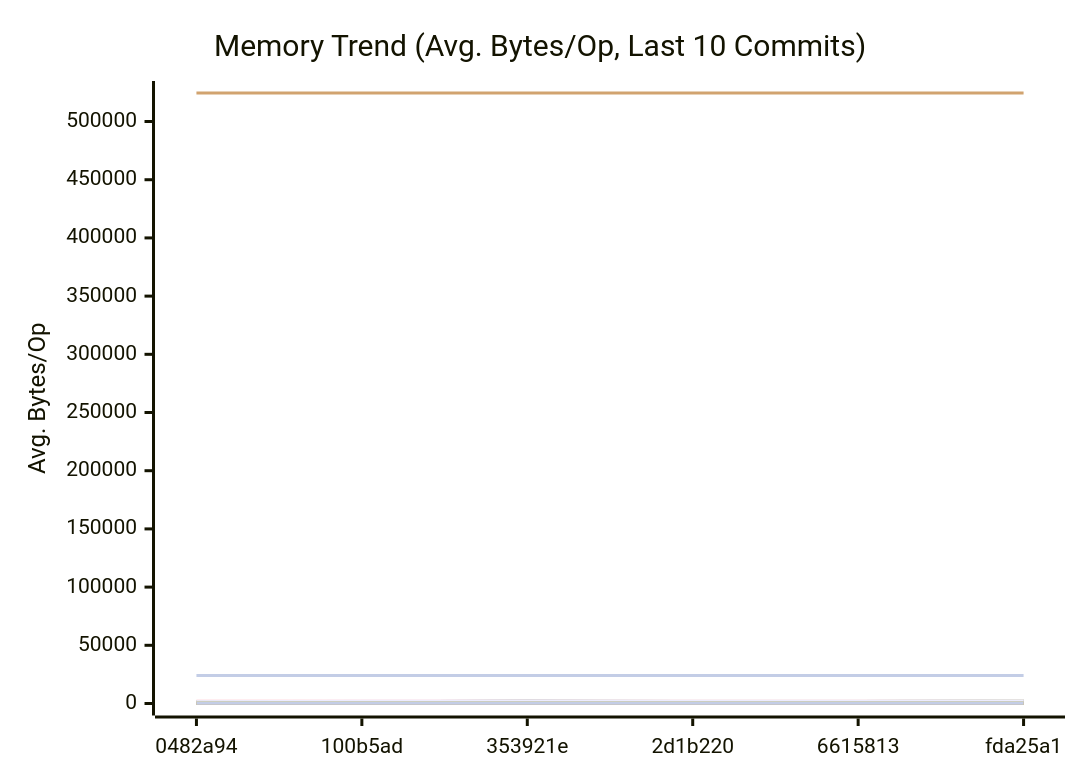
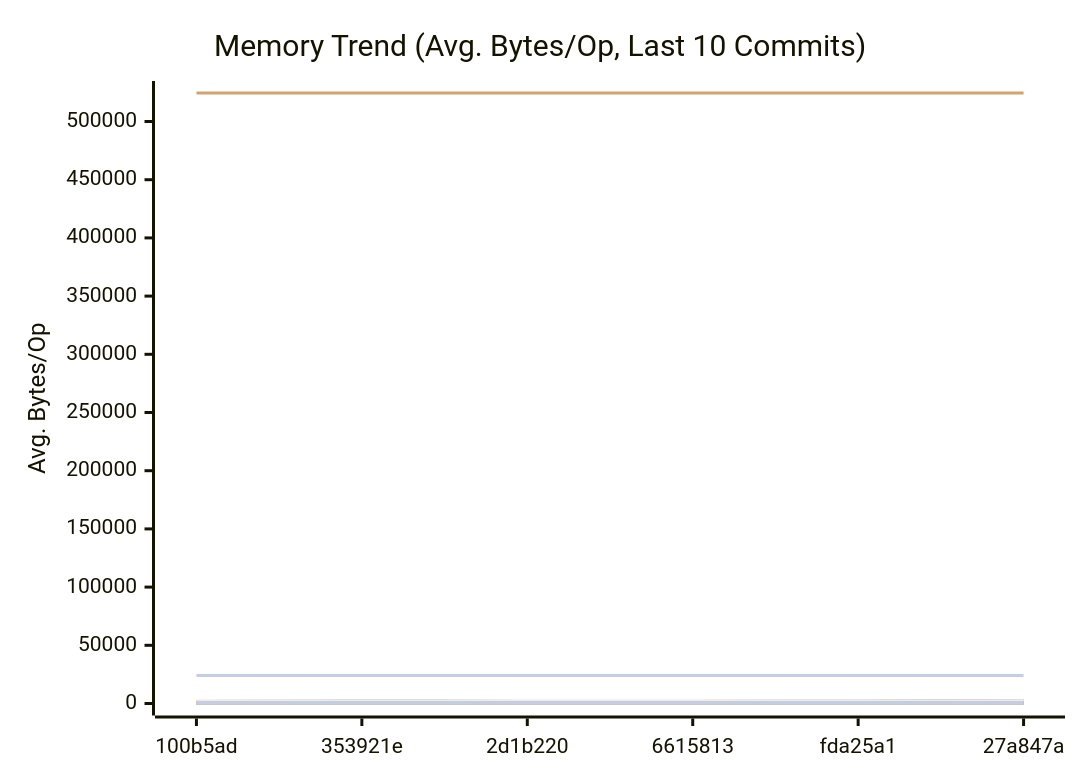
One commit to alsotoes/momo changed the second of 3 diagrams in docs/PERFORMANCE.md. Above: the diagram before and after it, drawn with Mermaid. The commit also changed other lines of this file and 4 other files, not shown here.

````diff
--- a/docs/PERFORMANCE.md
+++ b/docs/PERFORMANCE.md
@@ -308,44 +310,44 @@
 ```mermaid
 xychart-beta
     title "Memory Trend (Avg. Bytes/Op, Last 10 Commits)"
     x-axis "Commit"
     y-axis "Avg. Bytes/Op"
-    x-axis [0482a94,100b5ad,353921e,2d1b220,6615813,fda25a1]
-    line "AWSChunkedReaderSigned" [74,125,105,96,107,130,133,92,114,90]
-    line "AWSChunkedReaderUnsigned" [74,112,108,97,108,145,120,96,115,92]
+    x-axis [100b5ad,353921e,2d1b220,6615813,fda25a1,27a847a]
+    line "AWSChunkedReaderSigned" [125,105,96,107,130,133,92,114,90,112]
+    line "AWSChunkedReaderUnsigned" [112,108,97,108,145,120,96,115,92,106]
     line "CheckMetricsAndSwap" [0,0,0,0,0,0,0,0,0,0]
     line "CrushOptimized" [0,0,0,0,0,0,0,0,0,0]
     line "CrushOriginal" [164,164,164,164,164,164,164,164,164,164]
-    line "FormatListObjectsV2XML_AppendFormat" [524505,524477,524470,524490,524474,524448,524456,524497,524459,524497]
+    line "FormatListObjectsV2XML_AppendFormat" [524477,524470,524490,524474,524448,524456,524497,524459,524497,524456]
     line "FormatListObjectsV2XML_OldFormat" [24000,24000,24000,24000,24000,24000,24000,24000,24000,24000]
-    line "HashBytes/1MiB" [180,267,275,210,232,295,219,262,228,187]
-    line "HashBytes/256MiB" [156,201,247,231,248,336,241,209,197,179]
-    line "HashBytes/64MiB" [169,238,228,265,264,298,224,218,199,187]
-    line "HashFile/1MiB" [152,222,241,209,217,265,268,193,211,183]
-    line "HashFile/256MiB" [161,242,258,191,237,254,213,186,204,182]
-    line "HashFile/64MiB" [155,239,200,192,237,307,208,189,169,196]
+    line "HashBytes/1MiB" [267,275,210,232,295,219,262,228,187,211]
+    line "HashBytes/256MiB" [201,247,231,248,336,241,209,197,179,222]
+    line "HashBytes/64MiB" [238,228,265,264,298,224,218,199,187,197]
+    line "HashFile/1MiB" [222,241,209,217,265,268,193,211,183,208]
+    line "HashFile/256MiB" [242,258,191,237,254,213,186,204,182,225]
+    line "HashFile/64MiB" [239,200,192,237,307,208,189,169,196,188]
     line "IndexDirectTracking" [0,0,0,0,0,0,0,0,0,0]
     line "IndexSearch" [0,0,0,0,0,0,0,0,0,0]
     line "LastModifiedHeader_AppendFormat" [0,0,0,0,0,0,0,0,0,0]
-    line "LastModifiedHeader_Format" [0,0,0,0,0,0,0,0,32,32]
+    line "LastModifiedHeader_Format" [0,0,0,0,0,0,0,32,32,32]
     line "LoadGlobalConfig" [1976,1976,1976,1976,1976,1976,1976,1976,1976,1976]
-    line "LocalWrite/1MiB" [1217,1691,1967,1729,1822,2210,2188,1670,2035,1605]
-    line "LocalWrite/256MiB" [1422,1646,1959,1986,2025,2273,2129,1901,2016,1569]
-    line "LocalWrite/64MiB" [1512,1973,2038,2017,2019,2009,2055,1696,1940,1626]
+    line "LocalWrite/1MiB" [1691,1967,1729,1822,2210,2188,1670,2035,1605,1690]
+    line "LocalWrite/256MiB" [1646,1959,1986,2025,2273,2129,1901,2016,1569,1965]
+    line "LocalWrite/64MiB" [1973,2038,2017,2019,2009,2055,1696,1940,1626,1869]
     line "PadString" [64,64,64,64,64,64,64,64,64,64]
     line "ParseReplicationOrder_NoPrealloc" [408,408,408,408,408,248,248,248,248,248]
     line "ParseReplicationOrder_Prealloc" [240,240,240,240,240,80,80,80,80,80]
     line "Placement" [352,352,352,352,352,352,352,352,352,352]
     line "PlacementDomainSpread" [352,352,352,352,352,352,352,352,352,352]
-    line "ReadVerify/1MiB" [157,178,241,216,218,270,281,180,264,197]
-    line "ReadVerify/256MiB" [160,208,176,222,249,254,263,189,215,198]
-    line "ReadVerify/64MiB" [141,182,186,222,318,274,236,196,211,199]
-    line "S3PutSpool/1MiB" [129,181,259,187,211,176,177,159,188,171]
-    line "S3PutSpool/256MiB" [133,173,246,154,231,193,232,187,250,173]
-    line "S3PutSpool/64MiB" [133,178,228,171,236,182,189,172,246,185]
+    line "ReadVerify/1MiB" [178,241,216,218,270,281,180,264,197,219]
+    line "ReadVerify/256MiB" [208,176,222,249,254,263,189,215,198,201]
+    line "ReadVerify/64MiB" [182,186,222,318,274,236,196,211,199,193]
+    line "S3PutSpool/1MiB" [181,259,187,211,176,177,159,188,171,198]
+    line "S3PutSpool/256MiB" [173,246,154,231,193,232,187,250,173,207]
+    line "S3PutSpool/64MiB" [178,228,171,236,182,189,172,246,185,193]
     line "SanitizeLog/Safe" [0,0,0,0,0,0,0,0,0,0]
     line "SanitizeLog/Unsafe" [704,704,704,704,704,704,704,704,704,704]
-    line "TrustedRead/1MiB" [135,243,157,183,238,219,242,197,199,189]
-    line "TrustedRead/256MiB" [134,212,170,199,249,188,196,208,241,183]
-    line "TrustedRead/64MiB" [144,186,164,192,222,185,257,219,231,178]
+    line "TrustedRead/1MiB" [243,157,183,238,219,242,197,199,189,186]
+    line "TrustedRead/256MiB" [212,170,199,249,188,196,208,241,183,260]
+    line "TrustedRead/64MiB" [186,164,192,222,185,257,219,231,178,227]
 ```
````
